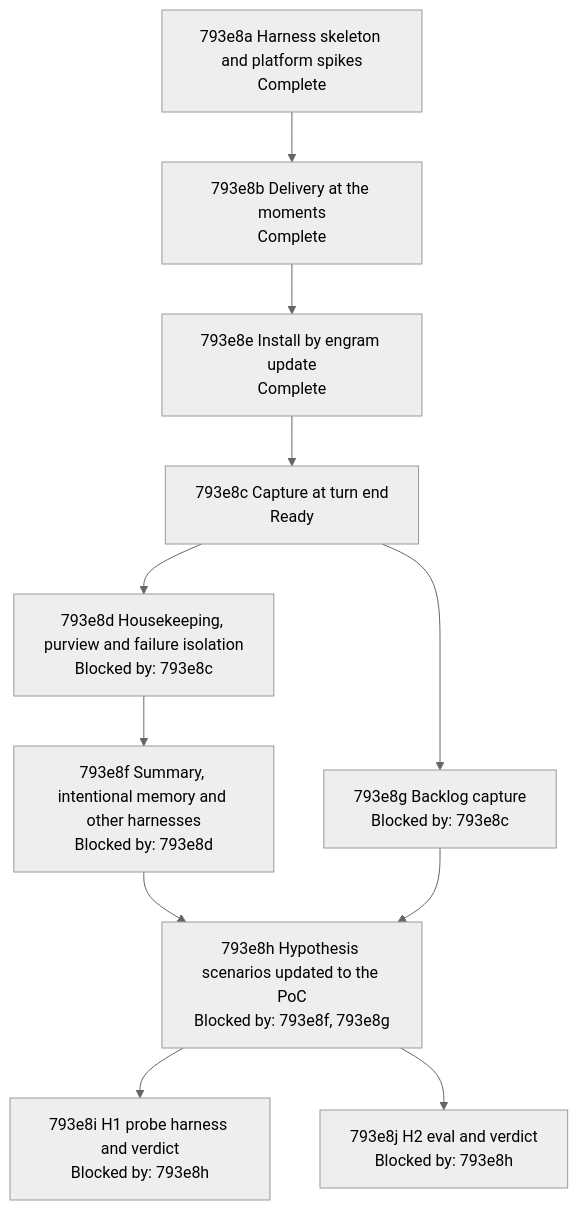
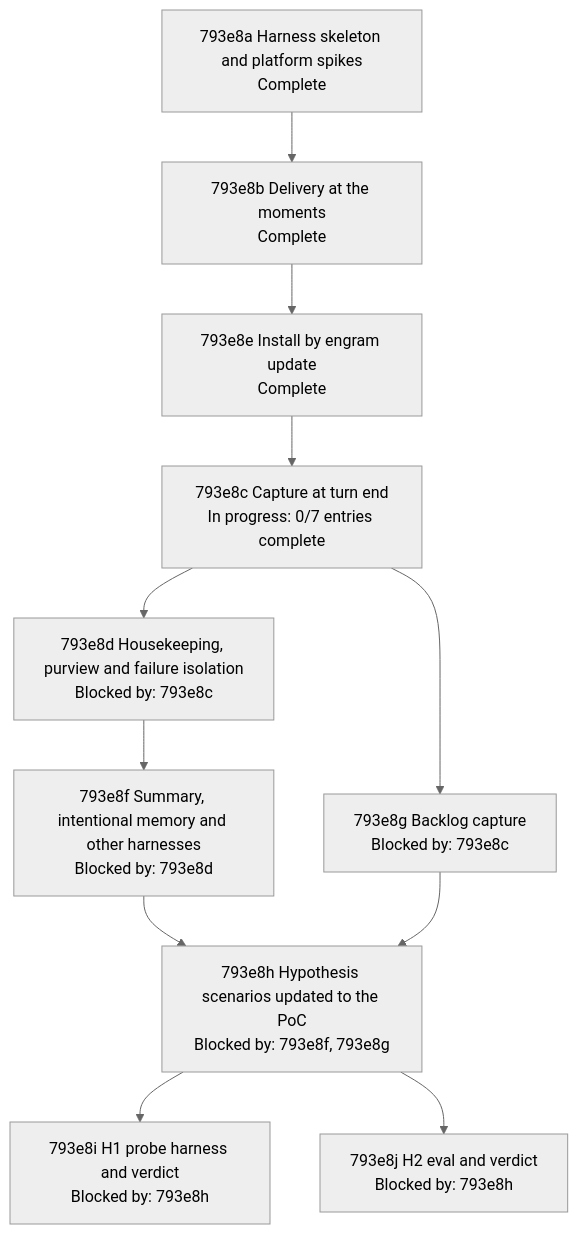
The diagram in docs/changes/793_parallel-memory-agent/793e_implementation-plan.md (toejough/engram), drawn with Mermaid (neutral theme) before and after one commit.

Commit message:
docs(793e8c): node in progress
AI-Used: [claude]

````diff
--- a/docs/changes/793_parallel-memory-agent/793e_implementation-plan.md
+++ b/docs/changes/793_parallel-memory-agent/793e_implementation-plan.md
@@ -214,21 +214,21 @@
 ```mermaid
 flowchart TD
   n793e8a["793e8a Harness skeleton and platform spikes<br/>Complete"]
   n793e8b["793e8b Delivery at the moments<br/>Complete"]
   n793e8e["793e8e Install by engram update<br/>Complete"]
-  n793e8c["793e8c Capture at turn end<br/>Ready"]
+  n793e8c["793e8c Capture at turn end<br/>In progress: 0/7 entries complete"]
   n793e8d["793e8d Housekeeping, purview and failure isolation<br/>Blocked by: 793e8c"]
   n793e8g["793e8g Backlog capture<br/>Blocked by: 793e8c"]
   n793e8f["793e8f Summary, intentional memory and other harnesses<br/>Blocked by: 793e8d"]
   n793e8h["793e8h Hypothesis scenarios updated to the PoC<br/>Blocked by: 793e8f, 793e8g"]
   n793e8i["793e8i H1 probe harness and verdict<br/>Blocked by: 793e8h"]
   n793e8j["793e8j H2 eval and verdict<br/>Blocked by: 793e8h"]
   n793e8a --> n793e8b --> n793e8e --> n793e8c
   n793e8c --> n793e8d
   n793e8c --> n793e8g
   n793e8d --> n793e8f
   n793e8f --> n793e8h
   n793e8g --> n793e8h
   n793e8h --> n793e8i
   n793e8h --> n793e8j
 ```
````
